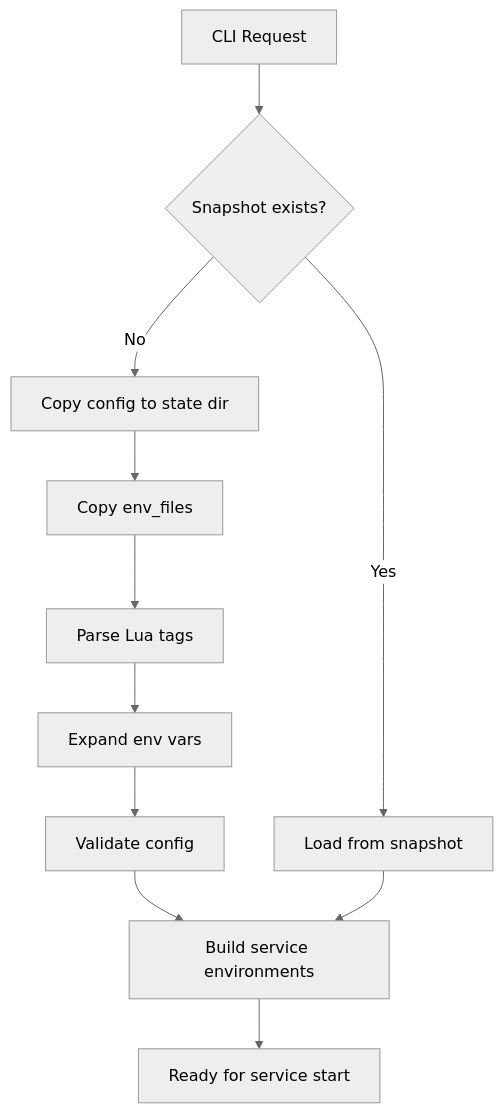
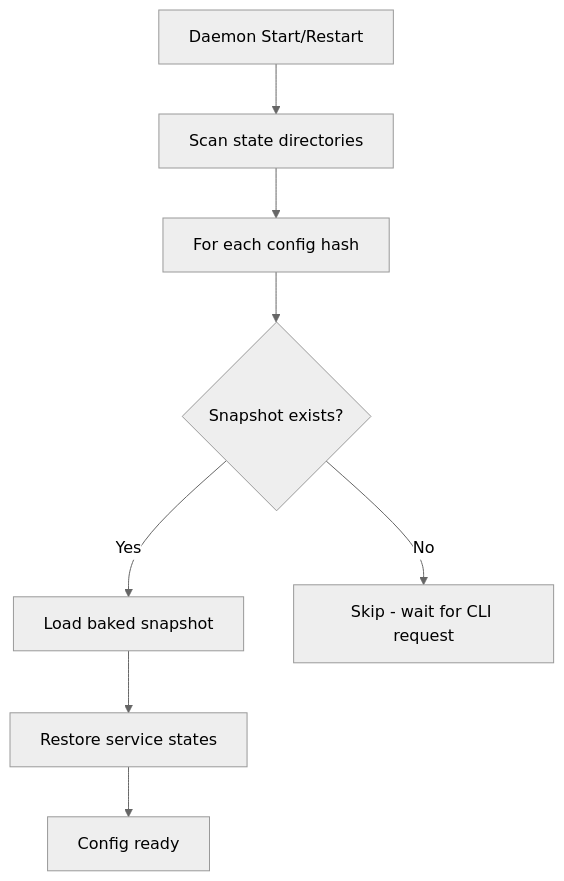
Before and after one commit to maleus-ai/kepler: the first of 3 diagrams in ARCHITECTURE.md, drawn with Mermaid (neutral theme). The commit also changed other lines of this file and 1 other file, not shown here.

Commit message:
Update README and ARCHITECTURE files

````diff
--- a/ARCHITECTURE.md
+++ b/ARCHITECTURE.md
@@ -94,13 +96,10 @@
 ```mermaid
 flowchart TD
-    A[CLI Request] --> B{Snapshot exists?}
-    B -->|Yes| C[Load from snapshot]
-    B -->|No| D[Copy config to state dir]
-    D --> E[Copy env_files]
-    E --> F[Parse Lua tags]
-    F --> G[Expand env vars]
-    G --> H[Validate config]
-    H --> I[Build service environments]
-    C --> I
-    I --> J[Ready for service start]
+    A[Daemon Start/Restart] --> B[Scan state directories]
+    B --> C[For each config hash]
+    C --> D{Snapshot exists?}
+    D -->|Yes| E[Load baked snapshot]
+    D -->|No| F[Skip - wait for CLI request]
+    E --> G[Restore service states]
+    G --> H[Config ready]
 ```
````
